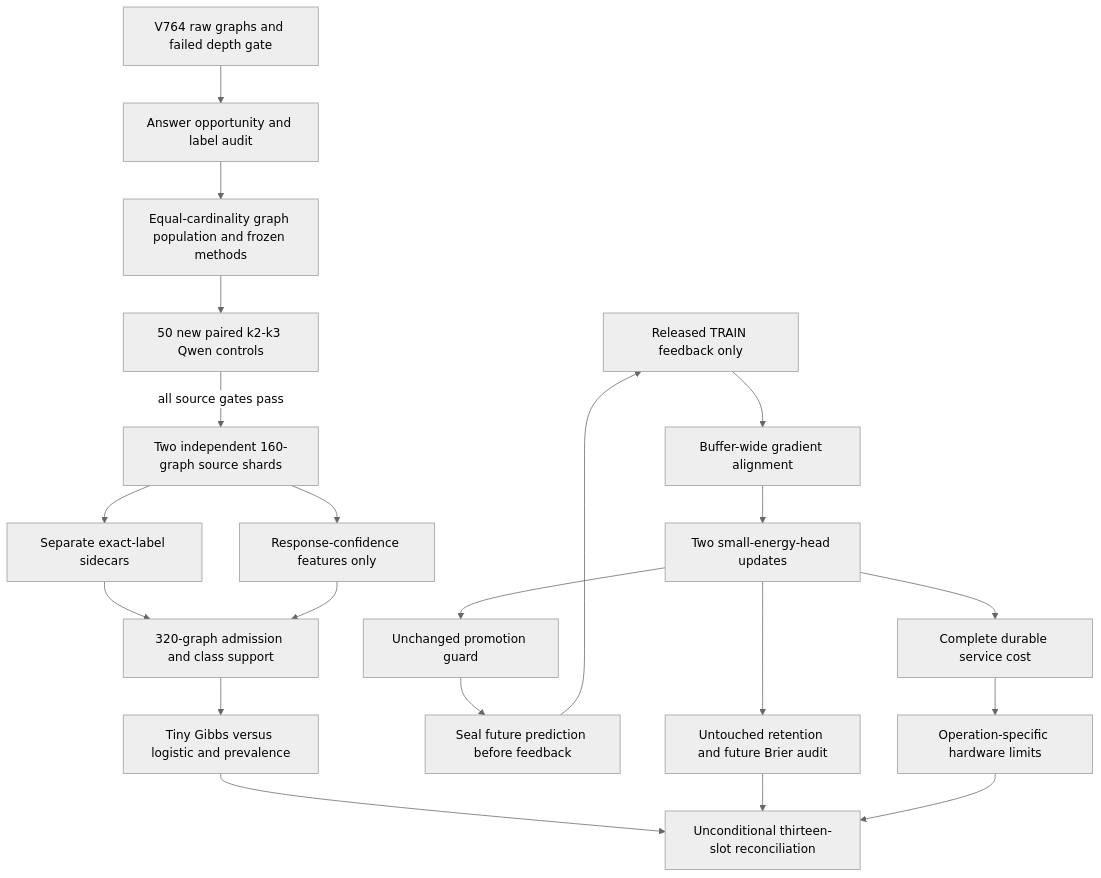
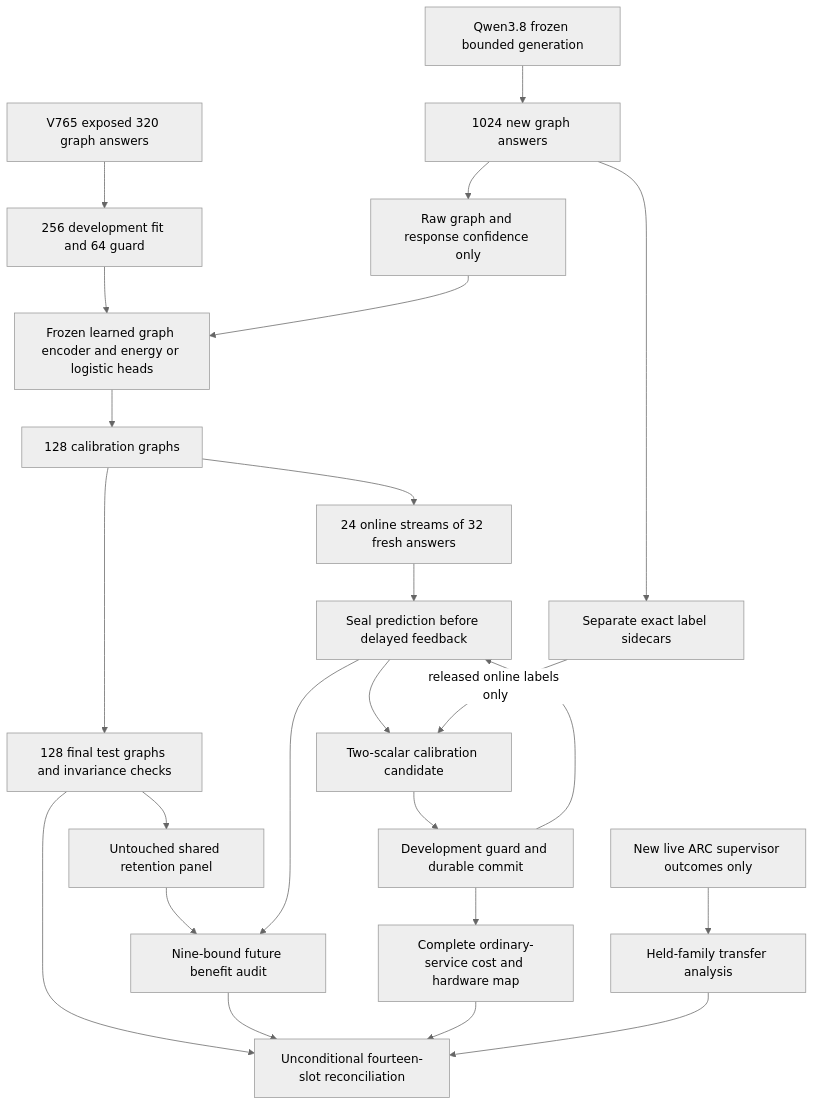
The first of 2 diagrams in openspec/change-proposals/research-roadmap-vNEXT.md (Carnot-EBM/carnot-ebm), drawn with Mermaid (neutral theme) before and after one commit. The commit also changed other lines of this file and 19 other files, not shown here.

````diff
--- a/openspec/change-proposals/research-roadmap-vNEXT.md
+++ b/openspec/change-proposals/research-roadmap-vNEXT.md
@@ -81,23 +76,26 @@
 ```mermaid
 flowchart TD
-    H[V764 raw graphs and failed depth gate] --> A[Answer opportunity and label audit]
-    A --> M[Equal-cardinality graph population and frozen methods]
-    M --> C[50 new paired k2-k3 Qwen controls]
-    C -->|all source gates pass| S[Two independent 160-graph source shards]
-    S --> O[Separate exact-label sidecars]
-    S --> X[Response-confidence features only]
-    O --> J[320-graph admission and class support]
-    X --> J
-    J --> D[Tiny Gibbs versus logistic and prevalence]
-    F[Released TRAIN feedback only] --> R[Buffer-wide gradient alignment]
-    R --> E[Two small-energy-head updates]
-    E --> G[Unchanged promotion guard]
-    G --> Q[Seal future prediction before feedback]
-    Q --> F
-    E --> B[Untouched retention and future Brier audit]
-    E --> T[Complete durable service cost]
-    T --> W[Operation-specific hardware limits]
-    D --> Z[Unconditional thirteen-slot reconciliation]
-    B --> Z
+    H[V765 exposed 320 graph answers] --> D[256 development fit and 64 guard]
+    D --> M[Frozen learned graph encoder and energy or logistic heads]
+    Q[Qwen3.8 frozen bounded generation] --> C[1024 new graph answers]
+    C --> L[Separate exact label sidecars]
+    C --> X[Raw graph and response confidence only]
+    X --> M
+    M --> K[128 calibration graphs]
+    K --> T[128 final test graphs and invariance checks]
+    K --> O[24 online streams of 32 fresh answers]
+    O --> S[Seal prediction before delayed feedback]
+    S --> U[Two-scalar calibration candidate]
+    L -->|released online labels only| U
+    U --> G[Development guard and durable commit]
+    G --> S
+    T --> R[Untouched shared retention panel]
+    R --> A[Nine-bound future benefit audit]
+    S --> A
+    G --> W[Complete ordinary-service cost and hardware map]
+    V[New live ARC supervisor outcomes only] --> F[Held-family transfer analysis]
+    T --> Z[Unconditional fourteen-slot reconciliation]
+    A --> Z
     W --> Z
+    F --> Z
 ```
````
